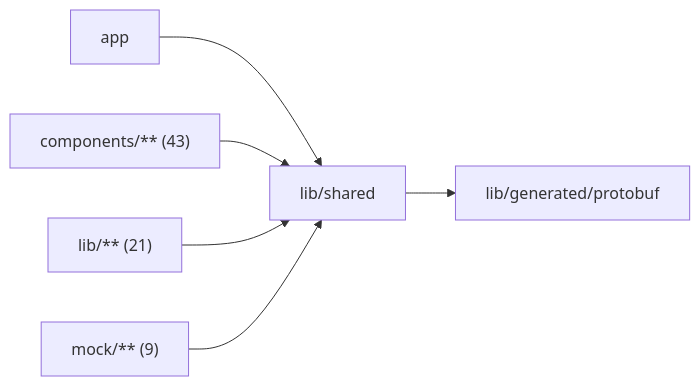
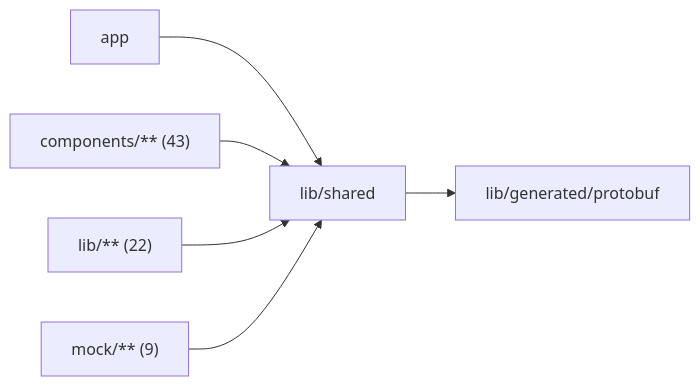
The diagram in web/studio/lib/shared/README.md (superdurable/superverse), drawn with Mermaid before and after one commit. The commit also changed other lines of this file and 75 other files, not shown here.

````diff
--- a/web/studio/lib/shared/README.md
+++ b/web/studio/lib/shared/README.md
@@ -10,9 +10,9 @@
 ```mermaid
 flowchart LR
   self["lib/shared"]
   c0["app"] --> self
   c1["components/** (43)"] --> self
-  c2["lib/** (21)"] --> self
+  c2["lib/** (22)"] --> self
   c3["mock/** (9)"] --> self
   self --> d0["lib/generated/protobuf"]
 ```
````
